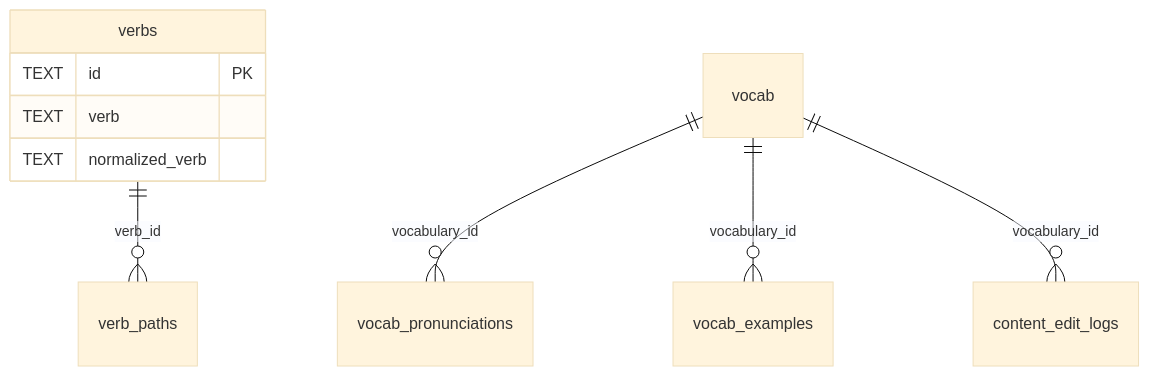
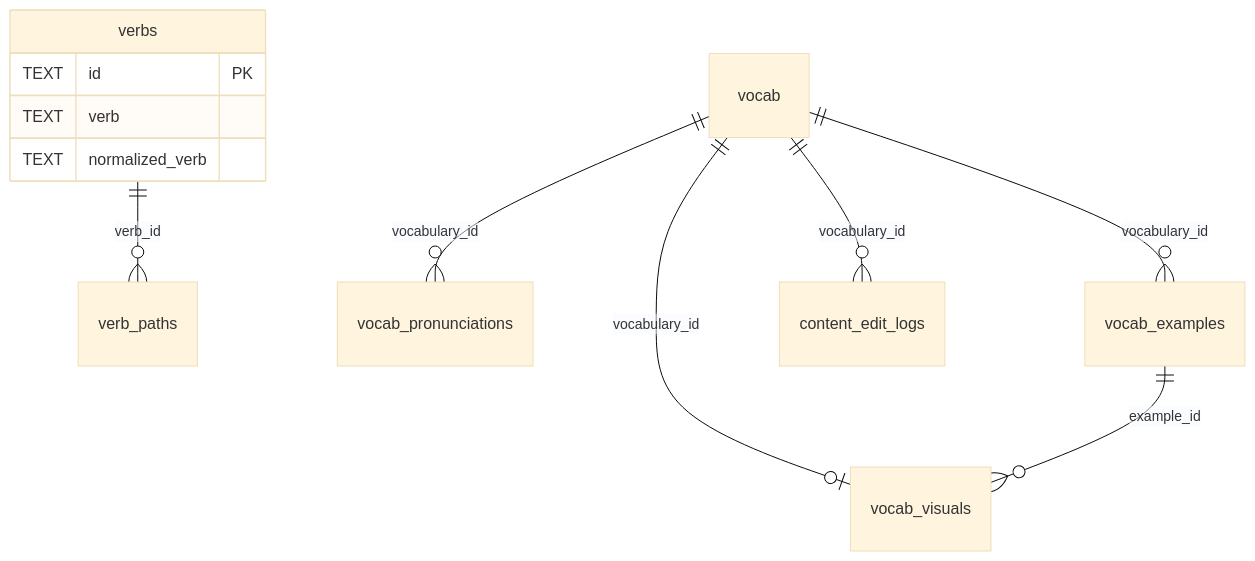
One commit to ifcalm/language changed the diagram in docs/database-schema.md. Above: the diagram before and after it, drawn with Mermaid (base theme). The commit also changed other lines of this file and 18 other files, not shown here.

Commit message:
词汇接入图片说明

````diff
--- a/docs/database-schema.md
+++ b/docs/database-schema.md
@@ -33,12 +34,14 @@
 ```mermaid
 erDiagram
   verbs {
     TEXT id PK
     TEXT verb
     TEXT normalized_verb
   }
   verbs ||--o{ verb_paths : "verb_id"
   vocab ||--o{ vocab_pronunciations : "vocabulary_id"
   vocab ||--o{ vocab_examples : "vocabulary_id"
+  vocab ||--o| vocab_visuals : "vocabulary_id"
+  vocab_examples ||--o{ vocab_visuals : "example_id"
   vocab ||--o{ content_edit_logs : "vocabulary_id"
 ```
````
